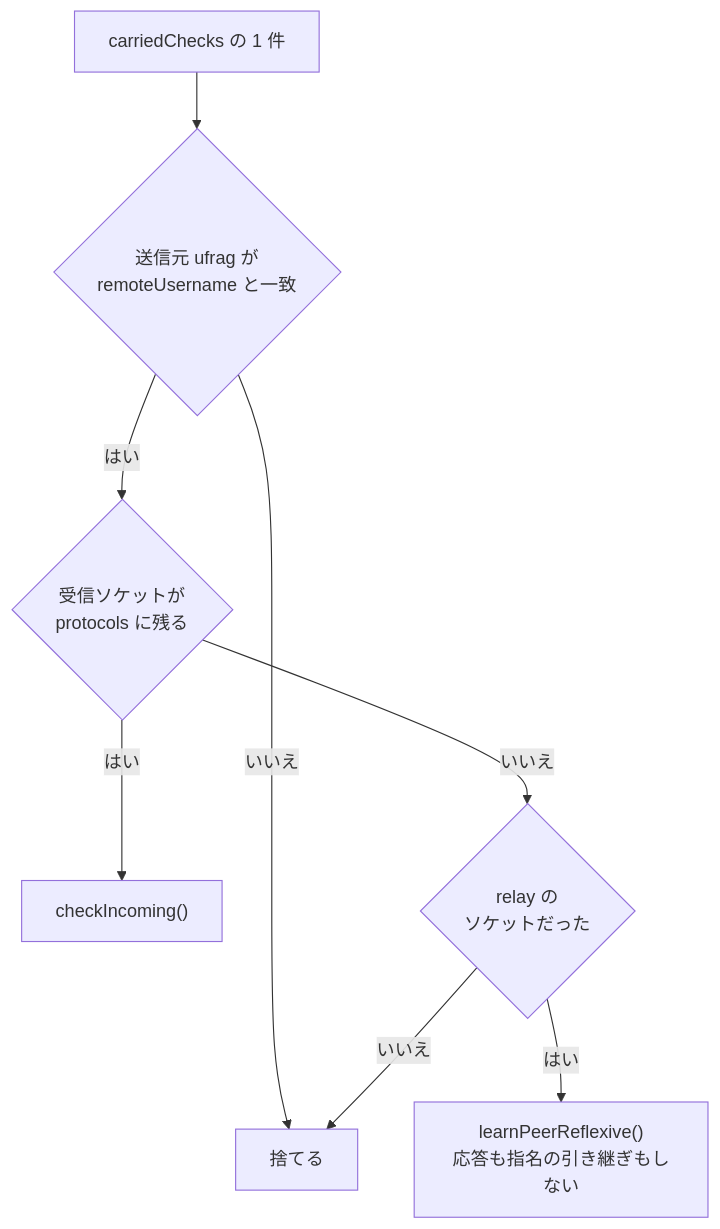
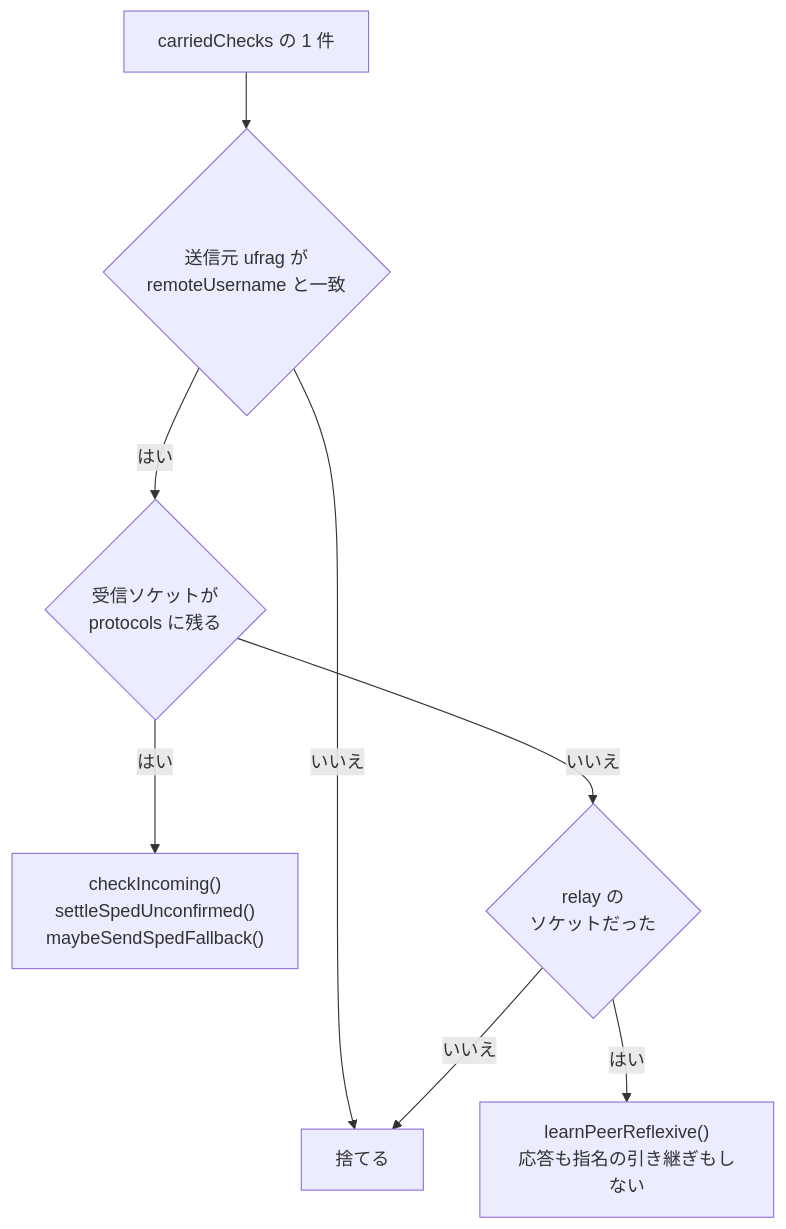
Before and after one commit to shinyoshiaki/werift-webrtc: the diagram in reviews/bfc84a9e-ice-restart-carry-early-checks.md, drawn with Mermaid. The commit also changed other lines of this file, not shown here.

````diff
--- a/reviews/bfc84a9e-ice-restart-carry-early-checks.md
+++ b/reviews/bfc84a9e-ice-restart-carry-early-checks.md
@@ -81,10 +121,10 @@
 ```mermaid
 flowchart TD
   A["carriedChecks の 1 件"] --> B{"送信元 ufrag が<br/>remoteUsername と一致"}
   B -- いいえ --> X["捨てる"]
   B -- はい --> C{"受信ソケットが<br/>protocols に残る"}
-  C -- はい --> D["checkIncoming()"]
+  C -- はい --> D["checkIncoming()<br/>settleSpedUnconfirmed()<br/>maybeSendSpedFallback()"]
   C -- いいえ --> E{"relay の<br/>ソケットだった"}
   E -- はい --> F["learnPeerReflexive()<br/>応答も指名の引き継ぎもしない"]
   E -- いいえ --> X
 ```
````
